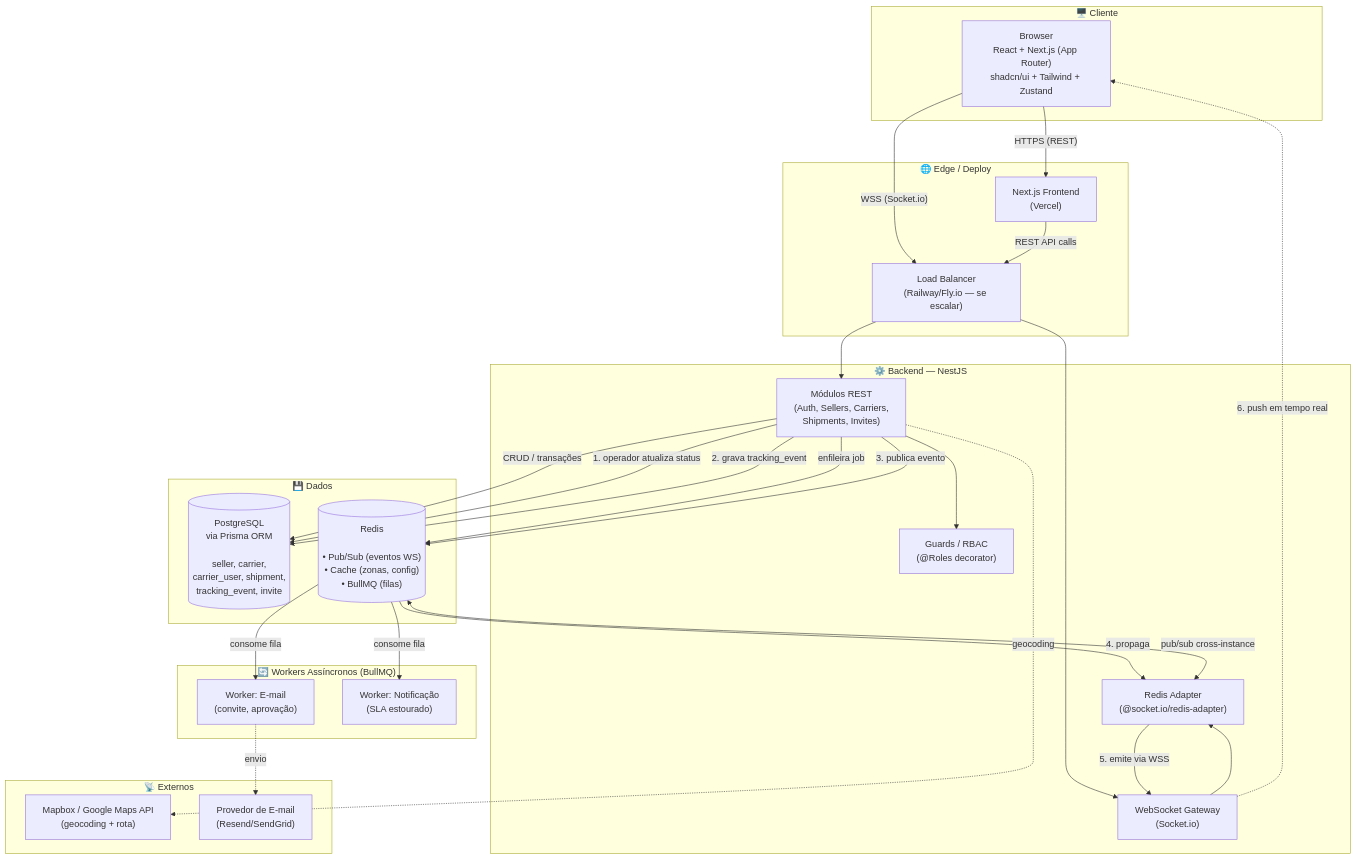
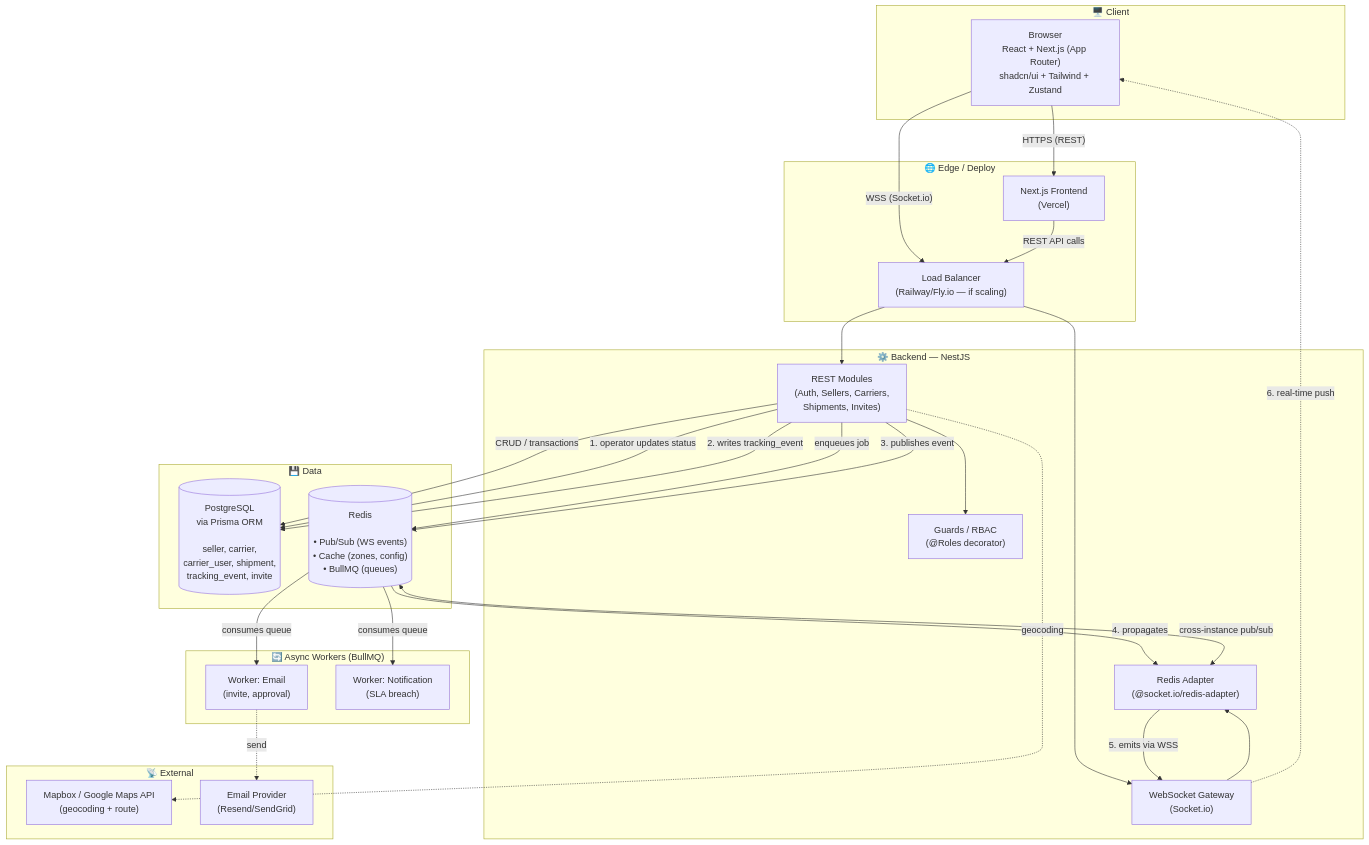
One commit to MGuerreiro42/mini-tms-logitrack changed the second of 2 diagrams in DESIGN.md. Above: the diagram before and after it, drawn with Mermaid. The commit also changed other lines of this file and 14 other files, not shown here.

````diff
--- a/DESIGN.md
+++ b/DESIGN.md
@@ -125,59 +125,59 @@
 ```mermaid
 flowchart TB
-    subgraph CLIENT["🖥️ Cliente"]
+    subgraph CLIENT["🖥️ Client"]
         Browser["Browser<br/>React + Next.js (App Router)<br/>shadcn/ui + Tailwind + Zustand"]
     end
 
     subgraph EDGE["🌐 Edge / Deploy"]
         Vercel["Next.js Frontend<br/>(Vercel)"]
-        LB["Load Balancer<br/>(Railway/Fly.io — se escalar)"]
+        LB["Load Balancer<br/>(Railway/Fly.io — if scaling)"]
     end
 
     Browser -->|"HTTPS (REST)"| Vercel
     Browser -->|"WSS (Socket.io)"| LB
     Vercel -->|"REST API calls"| LB
 
     subgraph API["⚙️ Backend — NestJS"]
-        RestModules["Módulos REST<br/>(Auth, Sellers, Carriers,<br/>Shipments, Invites)"]
+        RestModules["REST Modules<br/>(Auth, Sellers, Carriers,<br/>Shipments, Invites)"]
         Guards["Guards / RBAC<br/>(@Roles decorator)"]
         Gateway["WebSocket Gateway<br/>(Socket.io)"]
         RedisAdapter["Redis Adapter<br/>(@socket.io/redis-adapter)"]
     end
 
     LB --> RestModules
     LB --> Gateway
     RestModules --> Guards
     Gateway --> RedisAdapter
 
-    subgraph DATA["💾 Dados"]
+    subgraph DATA["💾 Data"]
         Postgres[("PostgreSQL<br/>via Prisma ORM<br/><br/>seller, carrier,<br/>carrier_user, shipment,<br/>tracking_event, invite")]
-        Redis[("Redis<br/><br/>• Pub/Sub (eventos WS)<br/>• Cache (zonas, config)<br/>• BullMQ (filas)")]
+        Redis[("Redis<br/><br/>• Pub/Sub (WS events)<br/>• Cache (zones, config)<br/>• BullMQ (queues)")]
     end
 
-    RestModules -->|"CRUD / transações"| Postgres
-    RestModules -->|"enfileira job"| Redis
-    RedisAdapter <-->|"pub/sub cross-instance"| Redis
+    RestModules -->|"CRUD / transactions"| Postgres
+    RestModules -->|"enqueues job"| Redis
+    RedisAdapter <-->|"cross-instance pub/sub"| Redis
 
-    subgraph WORKERS["🔄 Workers Assíncronos (BullMQ)"]
-        EmailWorker["Worker: E-mail<br/>(convite, aprovação)"]
-        NotifyWorker["Worker: Notificação<br/>(SLA estourado)"]
+    subgraph WORKERS["🔄 Async Workers (BullMQ)"]
+        EmailWorker["Worker: Email<br/>(invite, approval)"]
+        NotifyWorker["Worker: Notification<br/>(SLA breach)"]
     end
 
-    Redis -->|"consome fila"| EmailWorker
-    Redis -->|"consome fila"| NotifyWorker
+    Redis -->|"consumes queue"| EmailWorker
+    Redis -->|"consumes queue"| NotifyWorker
 
-    subgraph EXTERNAL["📡 Externos"]
-        MapAPI["Mapbox / Google Maps API<br/>(geocoding + rota)"]
-        EmailProvider["Provedor de E-mail<br/>(Resend/SendGrid)"]
+    subgraph EXTERNAL["📡 External"]
+        MapAPI["Mapbox / Google Maps API<br/>(geocoding + route)"]
+        EmailProvider["Email Provider<br/>(Resend/SendGrid)"]
     end
 
     RestModules -.->|"geocoding"| MapAPI
-    EmailWorker -.->|"envio"| EmailProvider
+    EmailWorker -.->|"send"| EmailProvider
 
-    RestModules -->|"1. operador atualiza status"| Postgres
-    RestModules -->|"2. grava tracking_event"| Postgres
-    RestModules -->|"3. publica evento"| Redis
-    Redis -->|"4. propaga"| RedisAdapter
-    RedisAdapter -->|"5. emite via WSS"| Gateway
-    Gateway -.->|"6. push em tempo real"| Browser
+    RestModules -->|"1. operator updates status"| Postgres
+    RestModules -->|"2. writes tracking_event"| Postgres
+    RestModules -->|"3. publishes event"| Redis
+    Redis -->|"4. propagates"| RedisAdapter
+    RedisAdapter -->|"5. emits via WSS"| Gateway
+    Gateway -.->|"6. real-time push"| Browser
 ```
````
